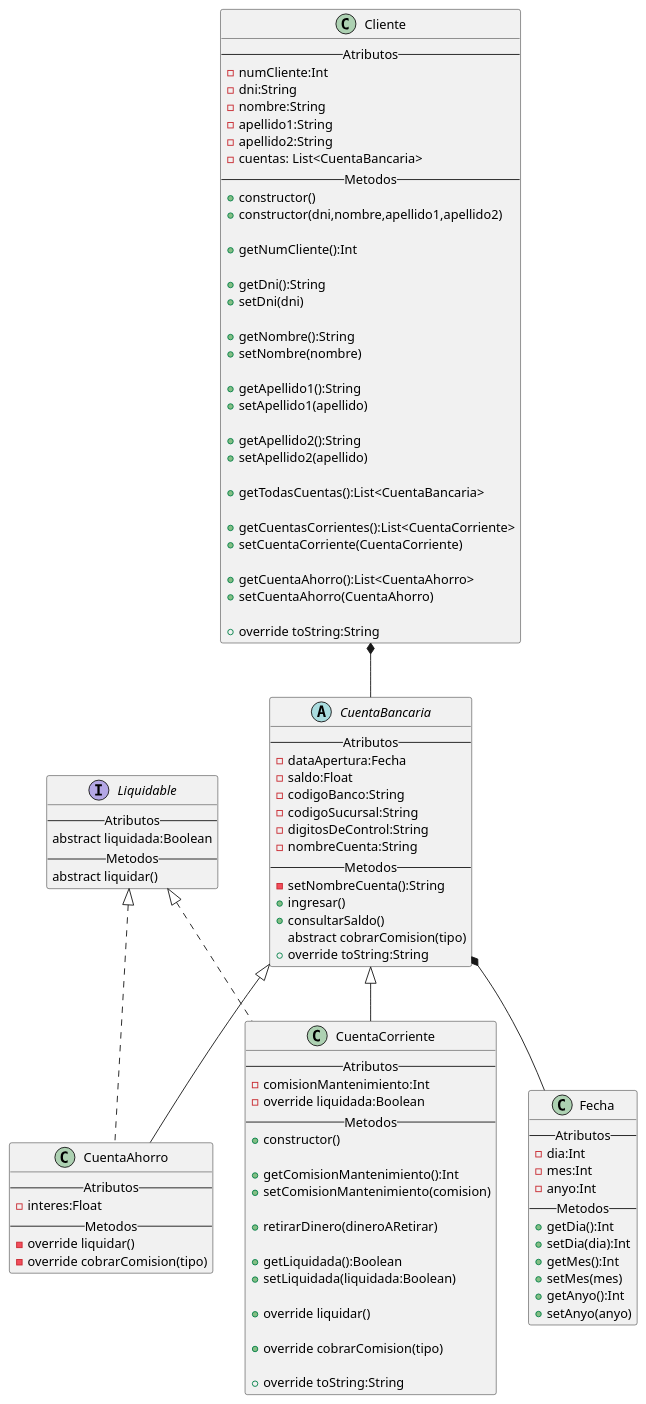
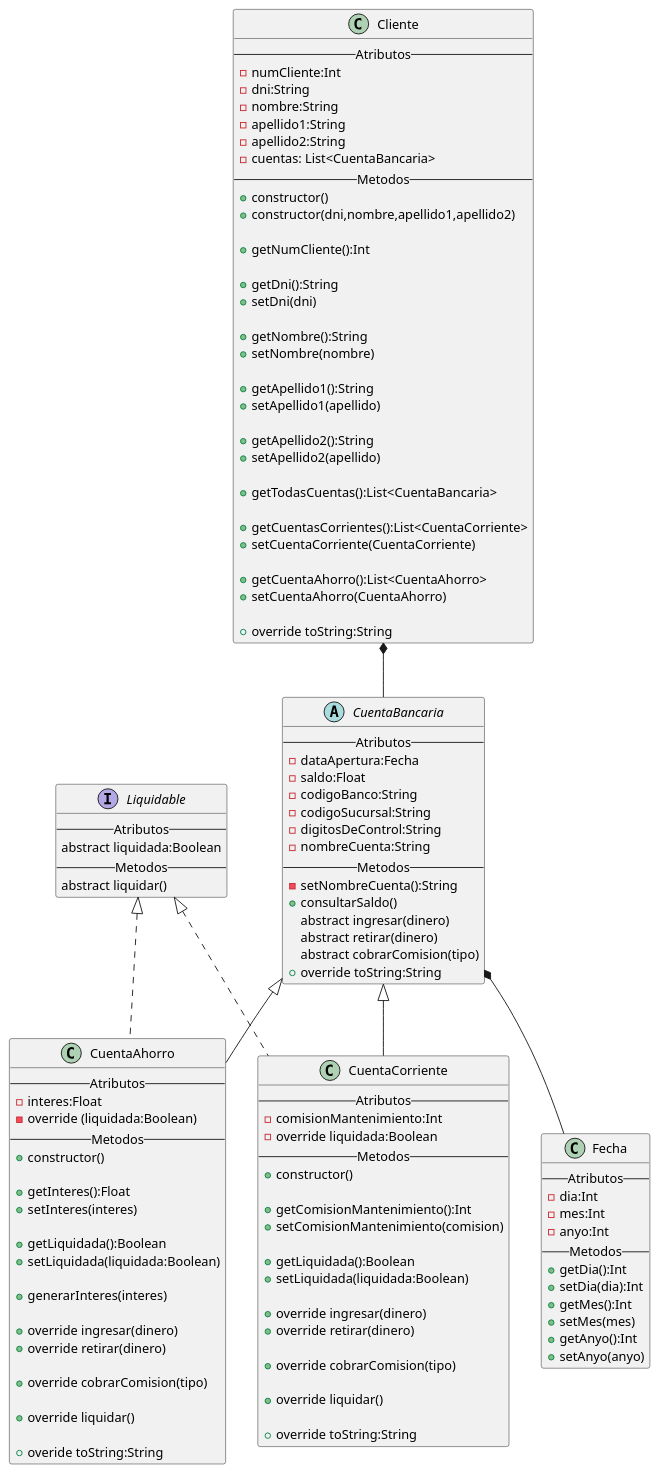
The diagram in src/main/kotlin/uml/DiagramaClases.puml (MaxDronCode/LadronesLegales), drawn with PlantUML before and after one commit. The commit also changed 2 other files, not shown here.

Commit message:
DiagramaClases.puml: implementada Clase Cuenta Ahorro; CuentaBancaria.kt y CuentaCorriente.kt: mejoras de funcionamiento;

```diff
--- a/src/main/kotlin/uml/DiagramaClases.puml
+++ b/src/main/kotlin/uml/DiagramaClases.puml
@@ -1,121 +1,140 @@
 @startuml
 'https://plantuml.com/class-diagram
 
 class Cliente{
 --Atributos--
 -numCliente:Int
 -dni:String
 -nombre:String
 -apellido1:String
 -apellido2:String
 -cuentas: List<CuentaBancaria>
 --Metodos--
 +constructor()
 +constructor(dni,nombre,apellido1,apellido2)
 
 +getNumCliente():Int
 
 +getDni():String
 +setDni(dni)
 
 +getNombre():String
 +setNombre(nombre)
 
 +getApellido1():String
 +setApellido1(apellido)
 
 +getApellido2():String
 +setApellido2(apellido)
 
 +getTodasCuentas():List<CuentaBancaria>
 
 +getCuentasCorrientes():List<CuentaCorriente>
 +setCuentaCorriente(CuentaCorriente)
 
 +getCuentaAhorro():List<CuentaAhorro>
 +setCuentaAhorro(CuentaAhorro)
 
 +override toString:String
 }
 abstract CuentaBancaria{
 --Atributos--
 -dataApertura:Fecha
 -saldo:Float
 -codigoBanco:String
 -codigoSucursal:String
 -digitosDeControl:String
 -nombreCuenta:String
 --Metodos--
 -setNombreCuenta():String
-+ingresar()
 +consultarSaldo()
+abstract ingresar(dinero)
+abstract retirar(dinero)
 abstract cobrarComision(tipo)
 +override toString:String
 }
 
 class CuentaCorriente{
 --Atributos--
 -comisionMantenimiento:Int
 -override liquidada:Boolean
 --Metodos--
 +constructor()
 
 +getComisionMantenimiento():Int
 +setComisionMantenimiento(comision)
 
-+retirarDinero(dineroARetirar)
-
 +getLiquidada():Boolean
 +setLiquidada(liquidada:Boolean)
 
-+override liquidar()
++override ingresar(dinero)
++override retirar(dinero)
 
 +override cobrarComision(tipo)
+
++override liquidar()
 
 +override toString:String
 }
 
 class CuentaAhorro{
 --Atributos--
 -interes:Float
+-override (liquidada:Boolean)
 --Metodos--
--override liquidar()
--override cobrarComision(tipo)
++constructor()
+
++getInteres():Float
++setInteres(interes)
+
++getLiquidada():Boolean
++setLiquidada(liquidada:Boolean)
+
++generarInteres(interes)
+
++override ingresar(dinero)
++override retirar(dinero)
+
++override cobrarComision(tipo)
+
++override liquidar()
+
++overide toString:String
 }
 
 interface Liquidable {
 --Atributos--
 abstract liquidada:Boolean
 --Metodos--
 abstract liquidar()
 }
 
 class Fecha {
 --Atributos--
 -dia:Int
 -mes:Int
 -anyo:Int
 --Metodos--
 +getDia():Int
 +setDia(dia):Int
 +getMes():Int
 +setMes(mes)
 +getAnyo():Int
 +setAnyo(anyo)
 }
 
 
 CuentaBancaria <|-- CuentaAhorro
 CuentaBancaria <|-- CuentaCorriente
 CuentaBancaria *-- Fecha
 
 Liquidable <|.. CuentaAhorro
 Liquidable <|.. CuentaCorriente
 
 Cliente *-- CuentaBancaria
 
 
 
 
 
 @enduml
```
